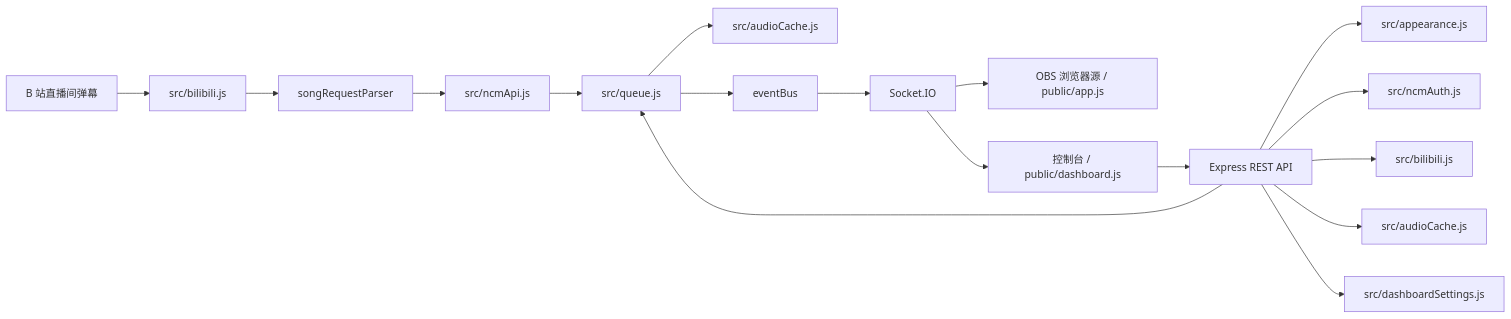
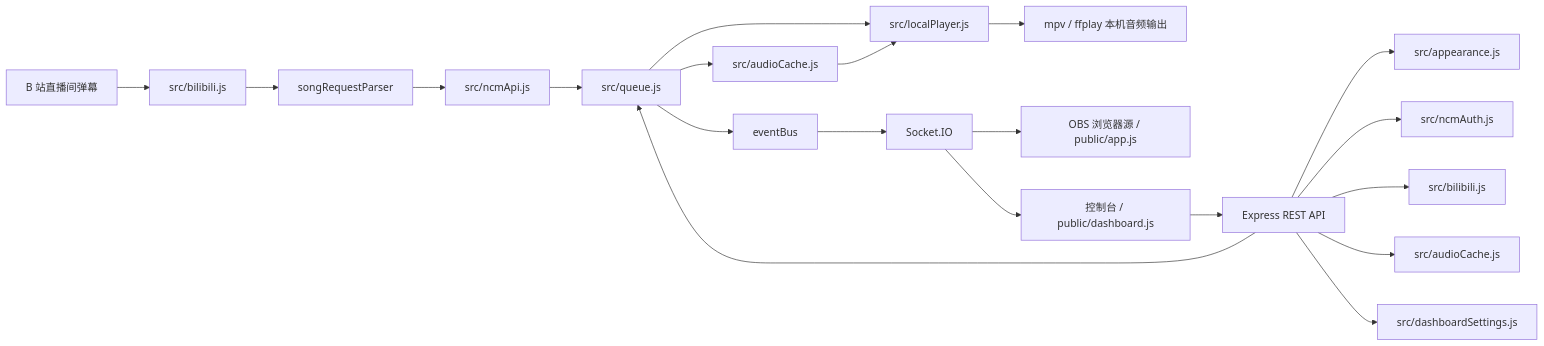
Before and after one commit to Minirylai/Bilibiliwith163: the diagram in docs/ARCHITECTURE.md, drawn with Mermaid. The commit also changed other lines of this file and 16 other files, not shown here.

````diff
--- a/docs/ARCHITECTURE.md
+++ b/docs/ARCHITECTURE.md
@@ -139,19 +145,22 @@
 ```mermaid
 flowchart LR
   B["B 站直播间弹幕"] --> BL["src/bilibili.js"]
   BL --> P["songRequestParser"]
   P --> N["src/ncmApi.js"]
   N --> Q["src/queue.js"]
   Q --> C["src/audioCache.js"]
+  Q --> LP["src/localPlayer.js"]
   Q --> BUS["eventBus"]
+  C --> LP
+  LP --> OUT["mpv / ffplay 本机音频输出"]
   BUS --> SIO["Socket.IO"]
   SIO --> OBS["OBS 浏览器源 / public/app.js"]
   SIO --> DASH["控制台 / public/dashboard.js"]
   DASH --> API["Express REST API"]
   API --> Q
   API --> A["src/appearance.js"]
   API --> AUTH["src/ncmAuth.js"]
   API --> BILI["src/bilibili.js"]
   API --> CACHE["src/audioCache.js"]
   API --> DS["src/dashboardSettings.js"]
 ```
````
